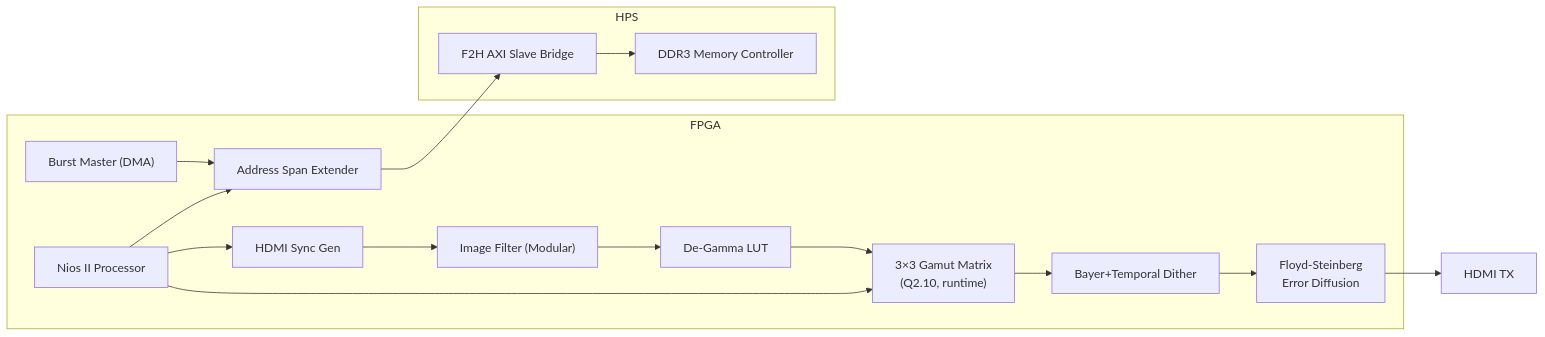
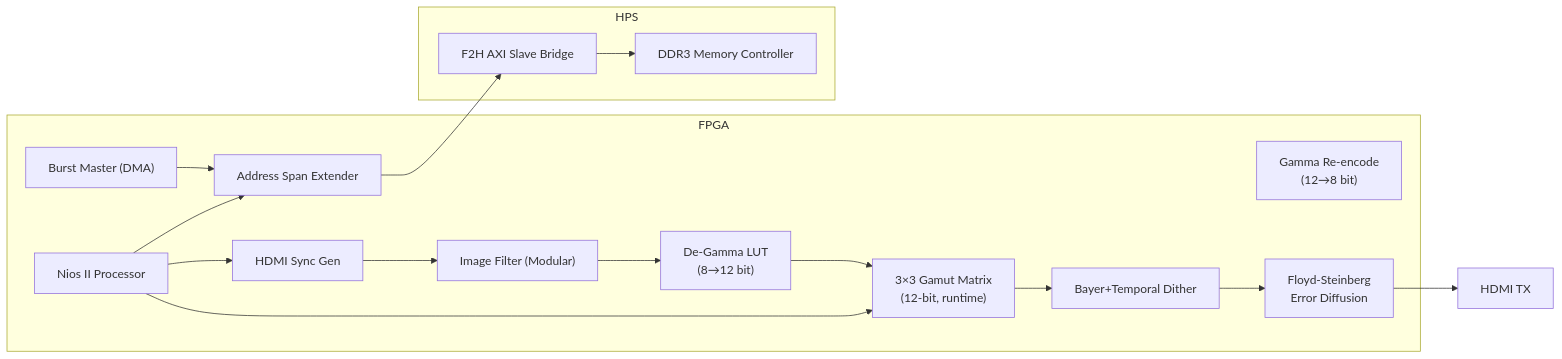
The diagram in README.md (bccha/video_processing), drawn with Mermaid before and after one commit. The commit also changed other lines of this file and 2 other files, not shown here.

Commit message:
Update documentation to reflect 12-bit high-precision pipeline benefits

````diff
--- a/README.md
+++ b/README.md
@@ -21,27 +22,28 @@
 ```mermaid
 graph LR
     subgraph FPGA
         Nios["Nios II Processor"]
         BM["Burst Master (DMA)"]
         ASE["Address Span Extender"]
         HCP["HDMI Sync Gen"]
         FLT["Image Filter (Modular)"]
-        DG["De-Gamma LUT"]
-        CM["3×3 Gamut Matrix\n(Q2.10, runtime)"] 
+        DG["De-Gamma LUT\n(8→12 bit)"]
+        CM["3×3 Gamut Matrix\n(12-bit, runtime)"] 
+        GMA["Gamma Re-encode\n(12→8 bit)"]
         DTH["Bayer+Temporal Dither"]
         ERR["Floyd-Steinberg\nError Diffusion"]
     end
 
     subgraph HPS
         AXI["F2H AXI Slave Bridge"]
         DDR["DDR3 Memory Controller"]
     end
 
     Nios --> ASE
     Nios --> HCP
     Nios --> CM
     BM --> ASE
     ASE --> AXI
     AXI --> DDR
     HCP --> FLT --> DG --> CM --> DTH --> ERR --> Output[HDMI TX]
 ```
````
